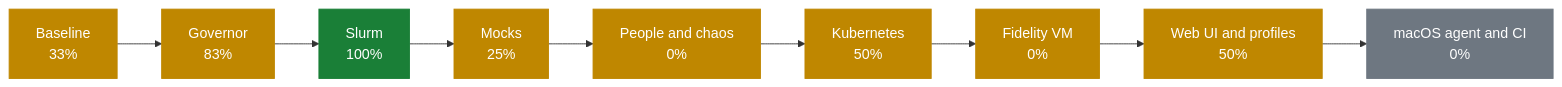
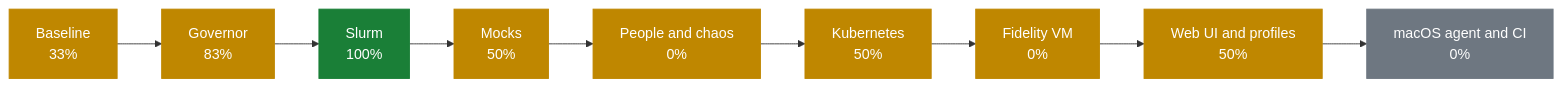
Before and after one commit to AhmedYousriSobhi/workbench: the first of 2 diagrams in docs/PROGRESS.md, drawn with Mermaid. The commit also changed other lines of this file and 12 other files, not shown here.

````diff
--- a/docs/PROGRESS.md
+++ b/docs/PROGRESS.md
@@ -10,17 +10,17 @@
 ```mermaid
 flowchart LR
     p0["Baseline<br/>33%"]:::partial
     p1["Governor<br/>83%"]:::partial
     p2["Slurm<br/>100%"]:::done
-    p3["Mocks<br/>25%"]:::partial
+    p3["Mocks<br/>50%"]:::partial
     p4["People and chaos<br/>0%"]:::partial
     p5["Kubernetes<br/>50%"]:::partial
     p6["Fidelity VM<br/>0%"]:::partial
     p7["Web UI and profiles<br/>50%"]:::partial
     p8["macOS agent and CI<br/>0%"]:::todo
     p0 --> p1 --> p2 --> p3 --> p4 --> p5 --> p6 --> p7 --> p8
     classDef done fill:#1a7f37,stroke:#1a7f37,color:#fff
     classDef review fill:#0969da,stroke:#0969da,color:#fff
     classDef partial fill:#bf8700,stroke:#bf8700,color:#fff
     classDef todo fill:#6e7781,stroke:#6e7781,color:#fff
 ```
````
